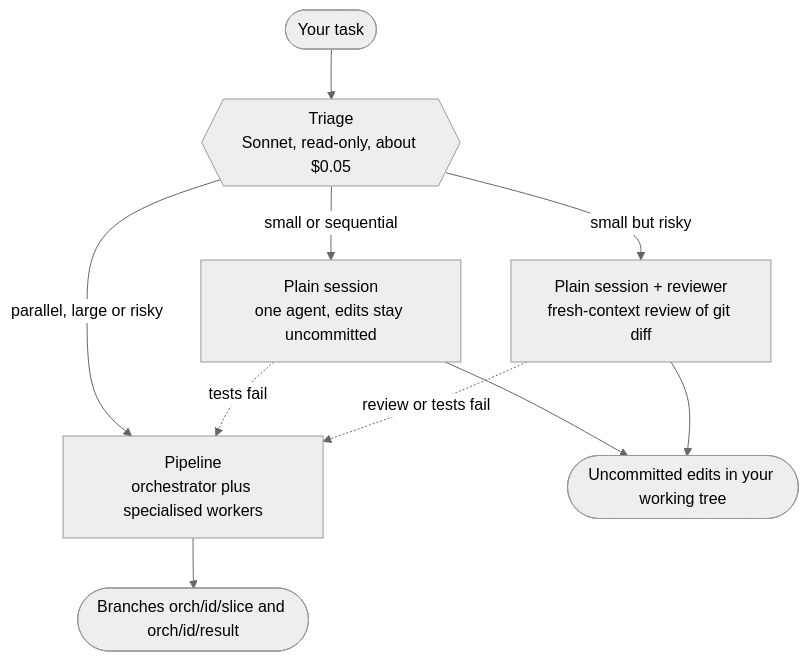
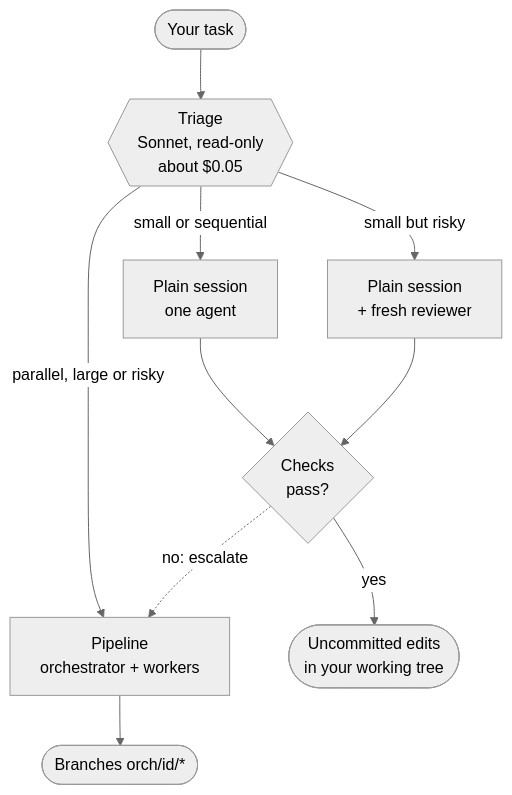
Before and after one commit to 0xcvaliente/claude-code-orchestration: the first of 5 diagrams in README.md, drawn with Mermaid (neutral theme). The commit also changed other lines of this file, not shown here.

First line of the commit message:
README: redraw diagrams so they align and stop overflowing

````diff
--- a/README.md
+++ b/README.md
@@ -66,12 +76,12 @@
 ```mermaid
 flowchart TD
-    T([Your task]) --> TR{{"Triage<br/>Sonnet, read-only, about $0.05"}}
-    TR -->|"small or sequential"| P["Plain session<br/>one agent, edits stay uncommitted"]
-    TR -->|"small but risky"| R["Plain session + reviewer<br/>fresh-context review of git diff"]
-    TR -->|"parallel, large or risky"| O["Pipeline<br/>orchestrator plus specialised workers"]
-    P --> D1(["Uncommitted edits in your working tree"])
-    R --> D1
-    P -. "tests fail" .-> O
-    R -. "review or tests fail" .-> O
-    O --> D2(["Branches orch/id/slice and orch/id/result"])
+    T([Your task]) --> TR{{"Triage<br/>Sonnet, read-only<br/>about $0.05"}}
+    TR -->|"small or sequential"| P["Plain session<br/>one agent"]
+    TR -->|"small but risky"| R["Plain session<br/>+ fresh reviewer"]
+    TR -->|"parallel, large or risky"| O["Pipeline<br/>orchestrator + workers"]
+    P --> C{"Checks<br/>pass?"}
+    R --> C
+    C -->|yes| W(["Uncommitted edits<br/>in your working tree"])
+    C -.->|"no: escalate"| O
+    O --> B(["Branches orch/id/*"])
 ```
````
